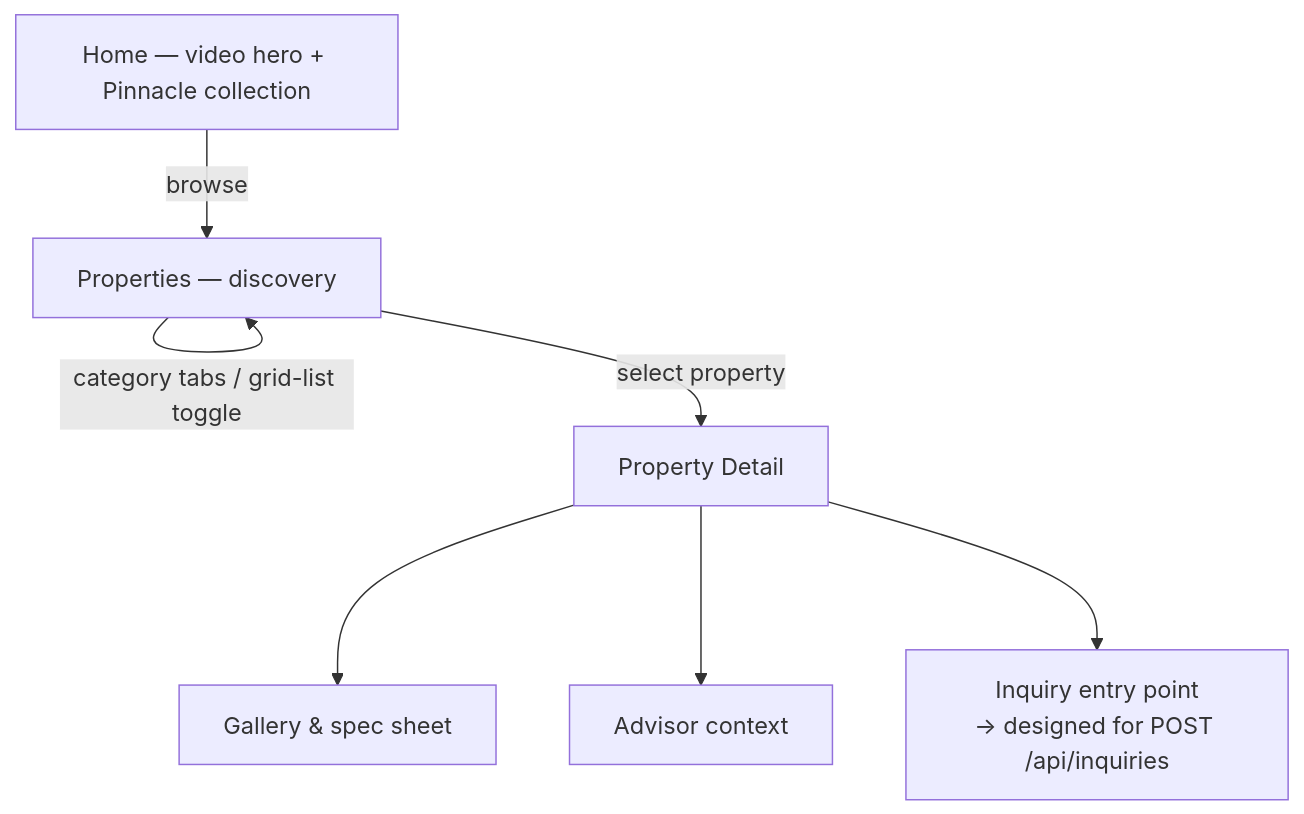
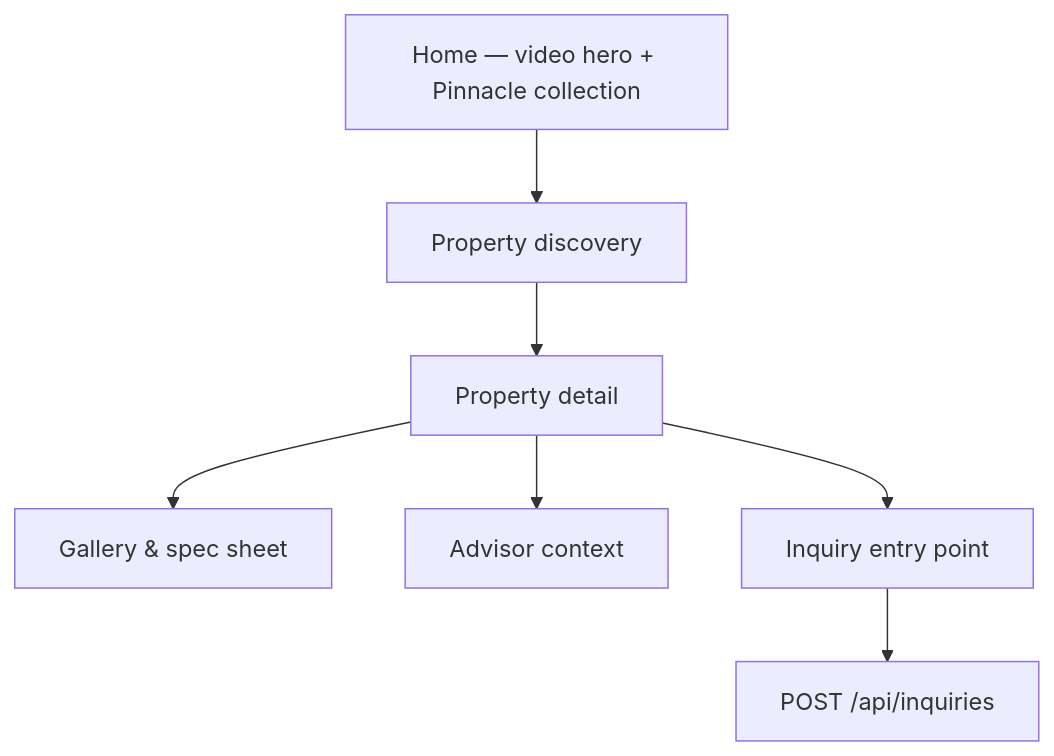
Before and after one commit to ProdigyProjectStudios/aurixa-luxury-real-estate-intelligence: the third of 5 diagrams in docs/architecture.md, drawn with Mermaid. The commit also changed other lines of this file and 2 other files, not shown here.

````diff
--- a/docs/architecture.md
+++ b/docs/architecture.md
@@ -50,9 +50,9 @@
 ```mermaid
 flowchart TD
-  H[Home — video hero + Pinnacle collection] -->|browse| D[Properties — discovery]
-  D -->|category tabs / grid-list toggle| D
-  D -->|select property| PD[Property Detail]
+  H[Home — video hero + Pinnacle collection] --> D[Property discovery]
+  D --> PD[Property detail]
   PD --> G[Gallery & spec sheet]
   PD --> A[Advisor context]
-  PD --> I[Inquiry entry point\n→ designed for POST /api/inquiries]
+  PD --> I[Inquiry entry point]
+  I --> API[POST /api/inquiries]
 ```
````
